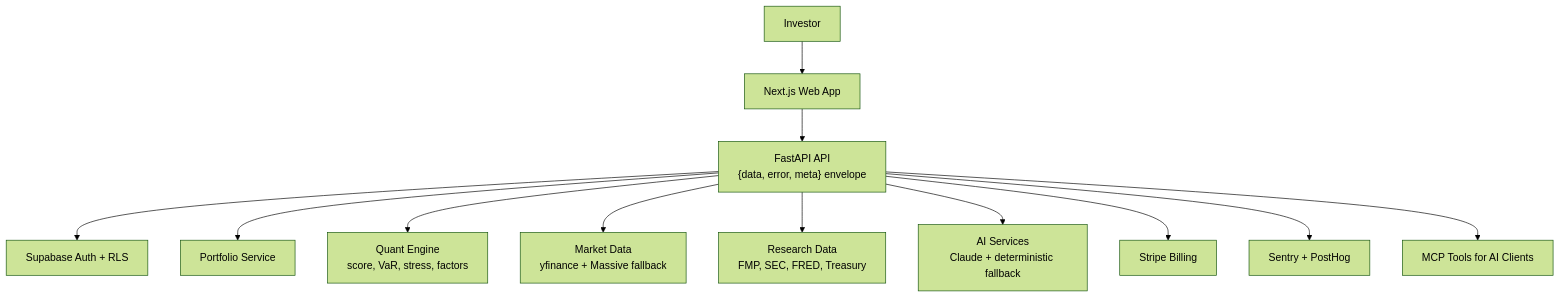
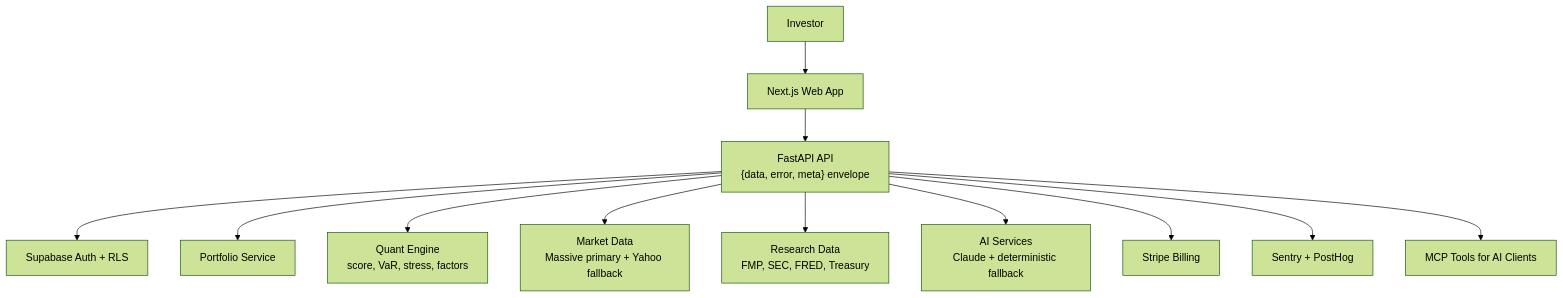
One commit to zhengbrody/PersonalFinancialRiskManagement changed the diagram in README.md. Above: the diagram before and after it, drawn with Mermaid (forest theme). The commit also changed other lines of this file and 25 other files, not shown here.

Commit message:
feat: unify data provenance and market sources

````diff
--- a/README.md
+++ b/README.md
@@ -74,19 +75,19 @@
 ```mermaid
 flowchart TD
   User["Investor"]
   Web["Next.js Web App"]
   API["FastAPI API<br/>{data, error, meta} envelope"]
 
   User --> Web
   Web --> API
 
   API --> Auth["Supabase Auth + RLS"]
   API --> Portfolio["Portfolio Service"]
   API --> Quant["Quant Engine<br/>score, VaR, stress, factors"]
-  API --> Data["Market Data<br/>yfinance + Massive fallback"]
+  API --> Data["Market Data<br/>Massive primary + Yahoo fallback"]
   API --> Research["Research Data<br/>FMP, SEC, FRED, Treasury"]
   API --> AI["AI Services<br/>Claude + deterministic fallback"]
   API --> Billing["Stripe Billing"]
   API --> Observability["Sentry + PostHog"]
   API --> MCP["MCP Tools for AI Clients"]
 ```
````
